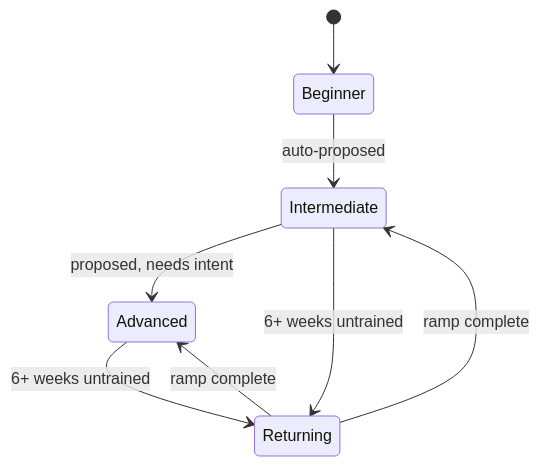
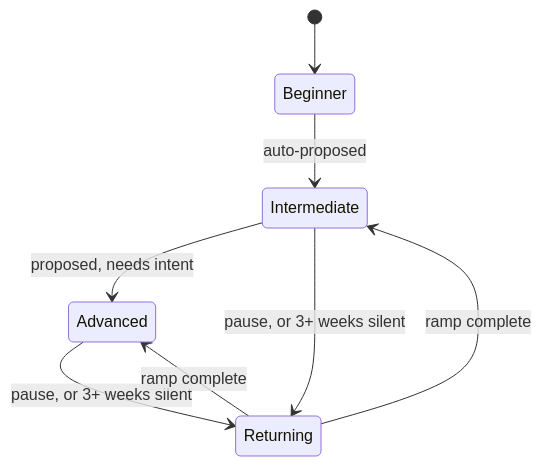
The sixth of 7 diagrams in docs/superpowers/specs/2026-08-23-exercise-plan-builder-design.md (imrajeshkr/LOAD), drawn with Mermaid before and after one commit. The commit also changed other lines of this file, not shown here.

````diff
--- a/docs/superpowers/specs/2026-08-23-exercise-plan-builder-design.md
+++ b/docs/superpowers/specs/2026-08-23-exercise-plan-builder-design.md
@@ -275,10 +275,10 @@
 ```mermaid
 stateDiagram-v2
     [*] --> Beginner
     Beginner --> Intermediate: auto-proposed
     Intermediate --> Advanced: proposed, needs intent
-    Intermediate --> Returning: 6+ weeks untrained
-    Advanced --> Returning: 6+ weeks untrained
+    Intermediate --> Returning: pause, or 3+ weeks silent
+    Advanced --> Returning: pause, or 3+ weeks silent
     Returning --> Intermediate: ramp complete
     Returning --> Advanced: ramp complete
 ```
````
